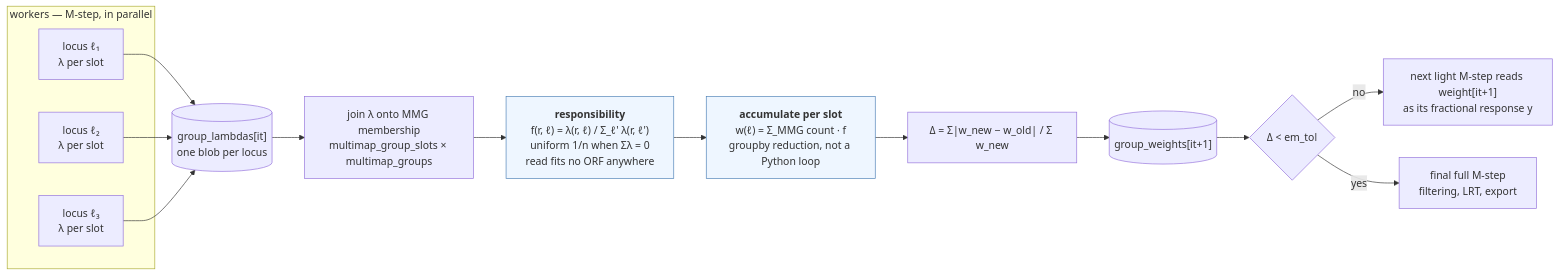
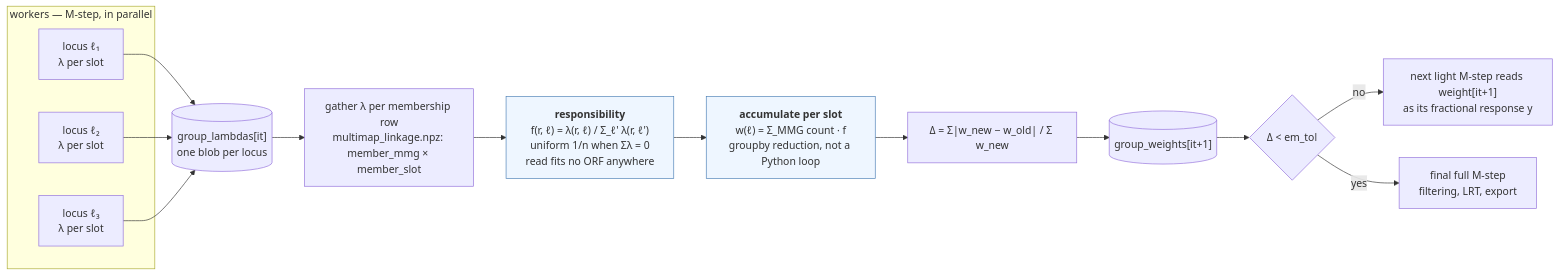
The fourth of 5 diagrams in docs/deconvolution.md (kilian-m/PRICE2), drawn with Mermaid before and after one commit. The commit also changed 7 other files, not shown here.

First line of the commit message:
Write the multimap linkage file from the index build

````diff
--- a/docs/deconvolution.md
+++ b/docs/deconvolution.md
@@ -168,25 +168,25 @@
 ```mermaid
 flowchart LR
     subgraph W ["workers — M-step, in parallel"]
         L1["locus ℓ₁<br/>λ per slot"]
         L2["locus ℓ₂<br/>λ per slot"]
         L3["locus ℓ₃<br/>λ per slot"]
     end
 
     L1 --> GL[("group_lambdas[it]<br/>one blob per locus")]
     L2 --> GL
     L3 --> GL
 
-    GL --> J["join λ onto MMG membership<br/>multimap_group_slots × multimap_groups"]
+    GL --> J["gather λ per membership row<br/>multimap_linkage.npz: member_mmg × member_slot"]
     J --> R["<b>responsibility</b><br/>f(r, ℓ) = λ(r, ℓ) / Σ_ℓ' λ(r, ℓ')<br/>uniform 1/n when Σλ = 0<br/>read fits no ORF anywhere"]
     R --> ACC["<b>accumulate per slot</b><br/>w(ℓ) = Σ_MMG count · f<br/>groupby reduction, not a Python loop"]
     ACC --> DELTA["Δ = Σ|w_new − w_old| / Σ w_new"]
     DELTA --> GW[("group_weights[it+1]")]
     GW --> CONV{"Δ &lt; em_tol"}
 
     CONV -->|"no"| NEXT["next light M-step reads weight[it+1]<br/>as its fractional response y"]
     CONV -->|"yes"| FIN["final full M-step<br/>filtering, LRT, export"]
 
     classDef em fill:#eef6ff,stroke:#4a7fb5
     class R,ACC em
 ```
````
